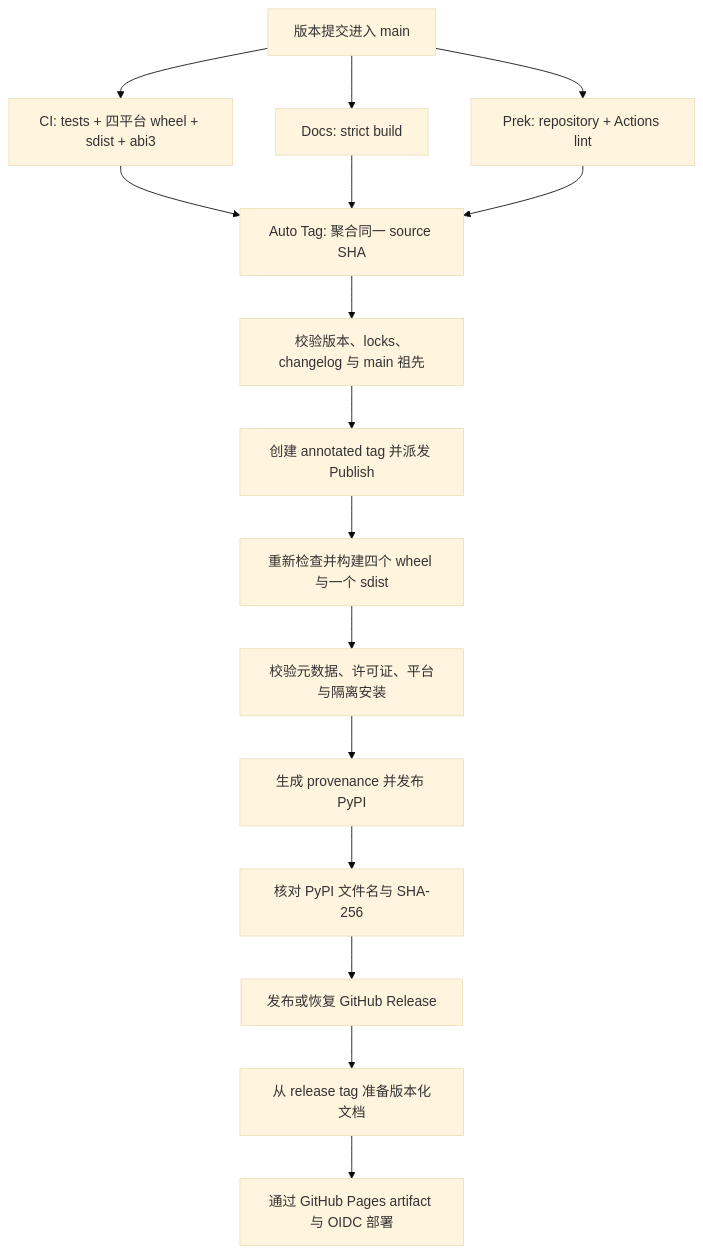
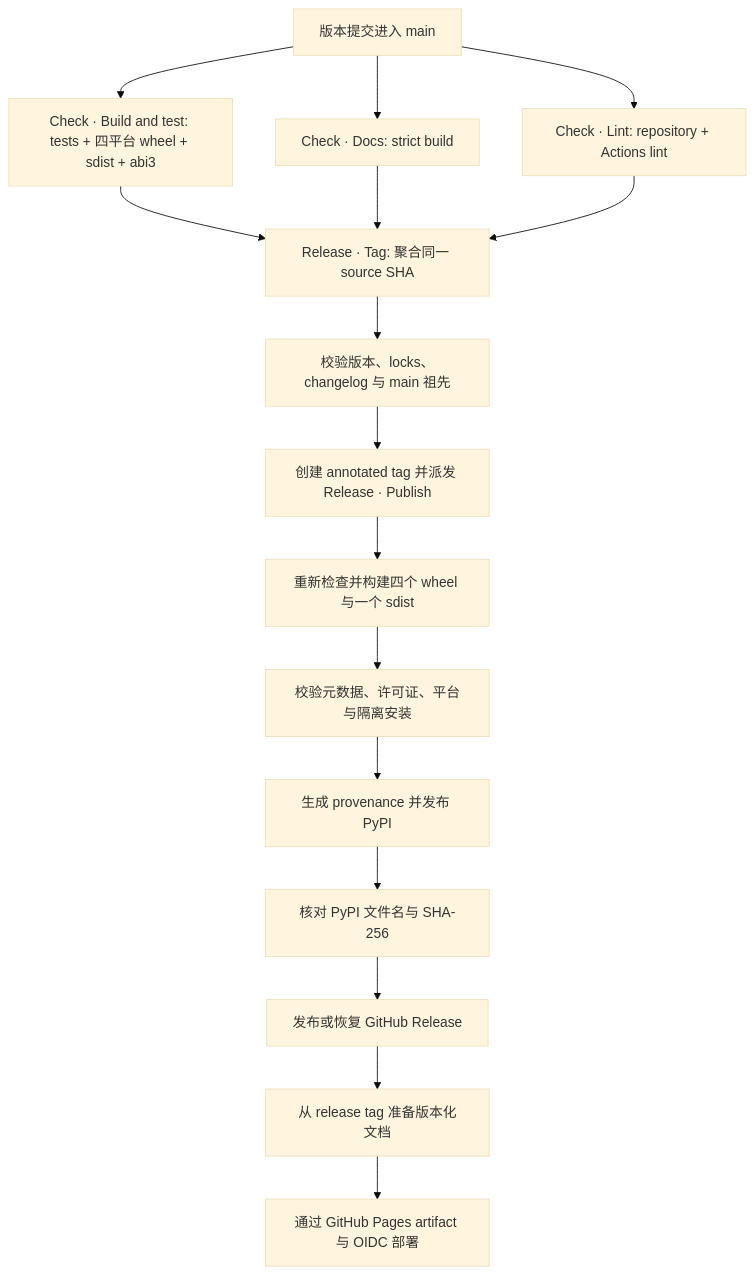
The diagram in docs/zh/maintainers/releasing.md (BalconyJH/takumi-py), drawn with Mermaid (base theme) before and after one commit. The commit also changed other lines of this file and 2 other files, not shown here.

````diff
--- a/docs/zh/maintainers/releasing.md
+++ b/docs/zh/maintainers/releasing.md
@@ -54,18 +54,18 @@
 ```mermaid
 flowchart TD
-    M["版本提交进入 main"] --> C["CI: tests + 四平台 wheel + sdist + abi3"]
-    M --> D["Docs: strict build"]
-    M --> K["Prek: repository + Actions lint"]
-    C --> T["Auto Tag: 聚合同一 source SHA"]
+    M["版本提交进入 main"] --> C["Check · Build and test: tests + 四平台 wheel + sdist + abi3"]
+    M --> D["Check · Docs: strict build"]
+    M --> K["Check · Lint: repository + Actions lint"]
+    C --> T["Release · Tag: 聚合同一 source SHA"]
     D --> T
     K --> T
     T --> V["校验版本、locks、changelog 与 main 祖先"]
-    V --> G["创建 annotated tag 并派发 Publish"]
+    V --> G["创建 annotated tag 并派发 Release · Publish"]
     G --> B["重新检查并构建四个 wheel 与一个 sdist"]
     B --> A["校验元数据、许可证、平台与隔离安装"]
     A --> P["生成 provenance 并发布 PyPI"]
     P --> H["核对 PyPI 文件名与 SHA-256"]
     H --> R["发布或恢复 GitHub Release"]
     R --> X["从 release tag 准备版本化文档"]
     X --> Y["通过 GitHub Pages artifact 与 OIDC 部署"]
 ```
````
